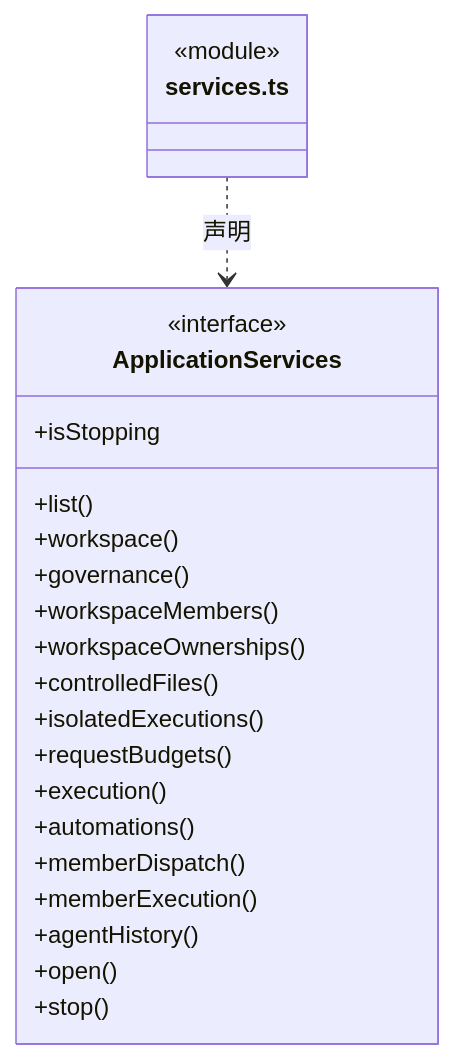
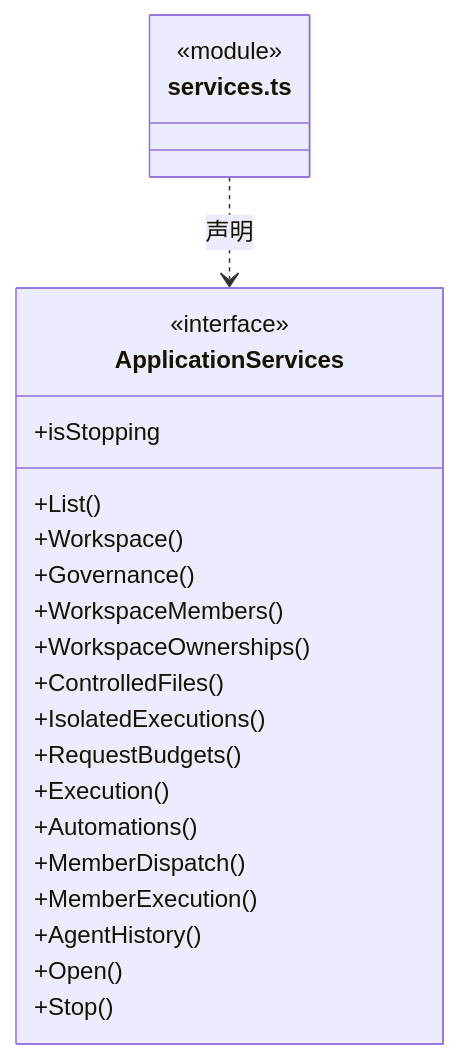
Diagram 13 of 22 in src/bridge/server/ipc/ARCHITECTURE.md (nan023062/cbim), drawn with Mermaid before and after one commit. The commit also changed other lines of this file and 1035 other files, not shown here.

````diff
--- a/src/bridge/server/ipc/ARCHITECTURE.md
+++ b/src/bridge/server/ipc/ARCHITECTURE.md
@@ -206,26 +206,26 @@
 ```mermaid
 classDiagram
 class N_src_bridge_server_ipc_services_ts["services.ts"] {
   <<module>>
 }
 class N_src_bridge_server_ipc_services_ts_ApplicationServices["ApplicationServices"] {
   <<interface>>
   +isStopping
-  +list()
-  +workspace()
-  +governance()
-  +workspaceMembers()
-  +workspaceOwnerships()
-  +controlledFiles()
-  +isolatedExecutions()
-  +requestBudgets()
-  +execution()
-  +automations()
-  +memberDispatch()
-  +memberExecution()
-  +agentHistory()
-  +open()
-  +stop()
+  +List()
+  +Workspace()
+  +Governance()
+  +WorkspaceMembers()
+  +WorkspaceOwnerships()
+  +ControlledFiles()
+  +IsolatedExecutions()
+  +RequestBudgets()
+  +Execution()
+  +Automations()
+  +MemberDispatch()
+  +MemberExecution()
+  +AgentHistory()
+  +Open()
+  +Stop()
 }
 N_src_bridge_server_ipc_services_ts ..> N_src_bridge_server_ipc_services_ts_ApplicationServices : 声明
 ```
````
